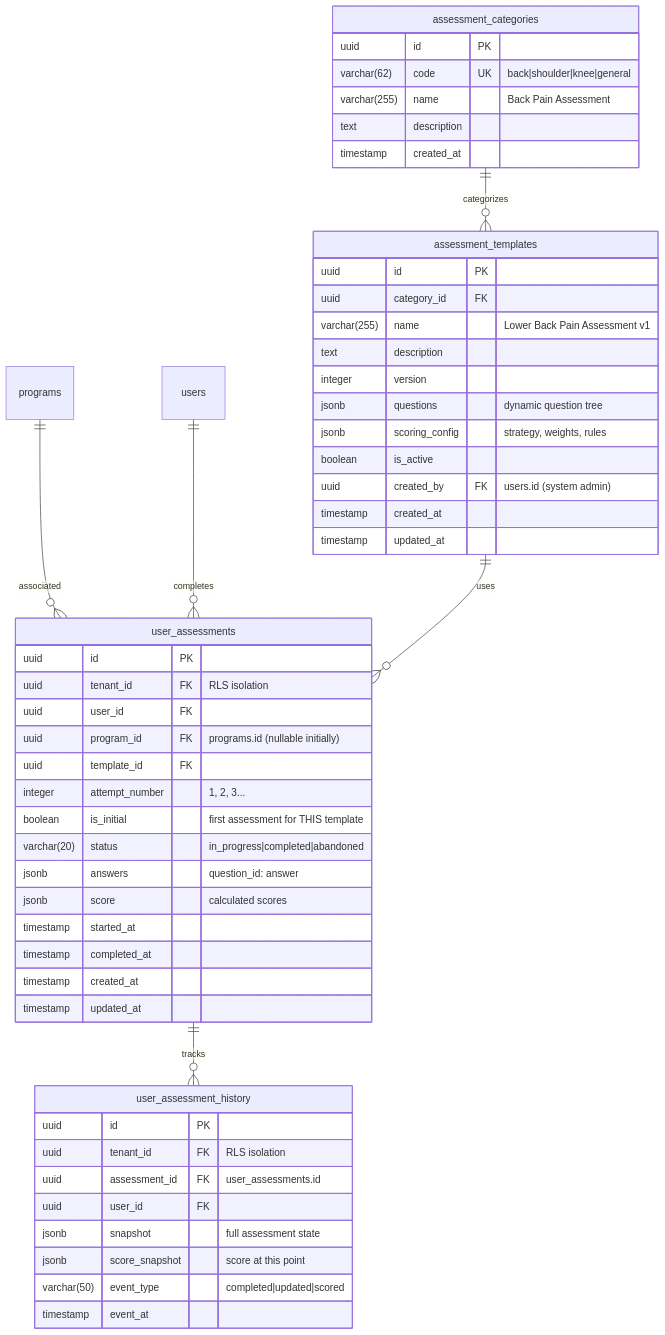
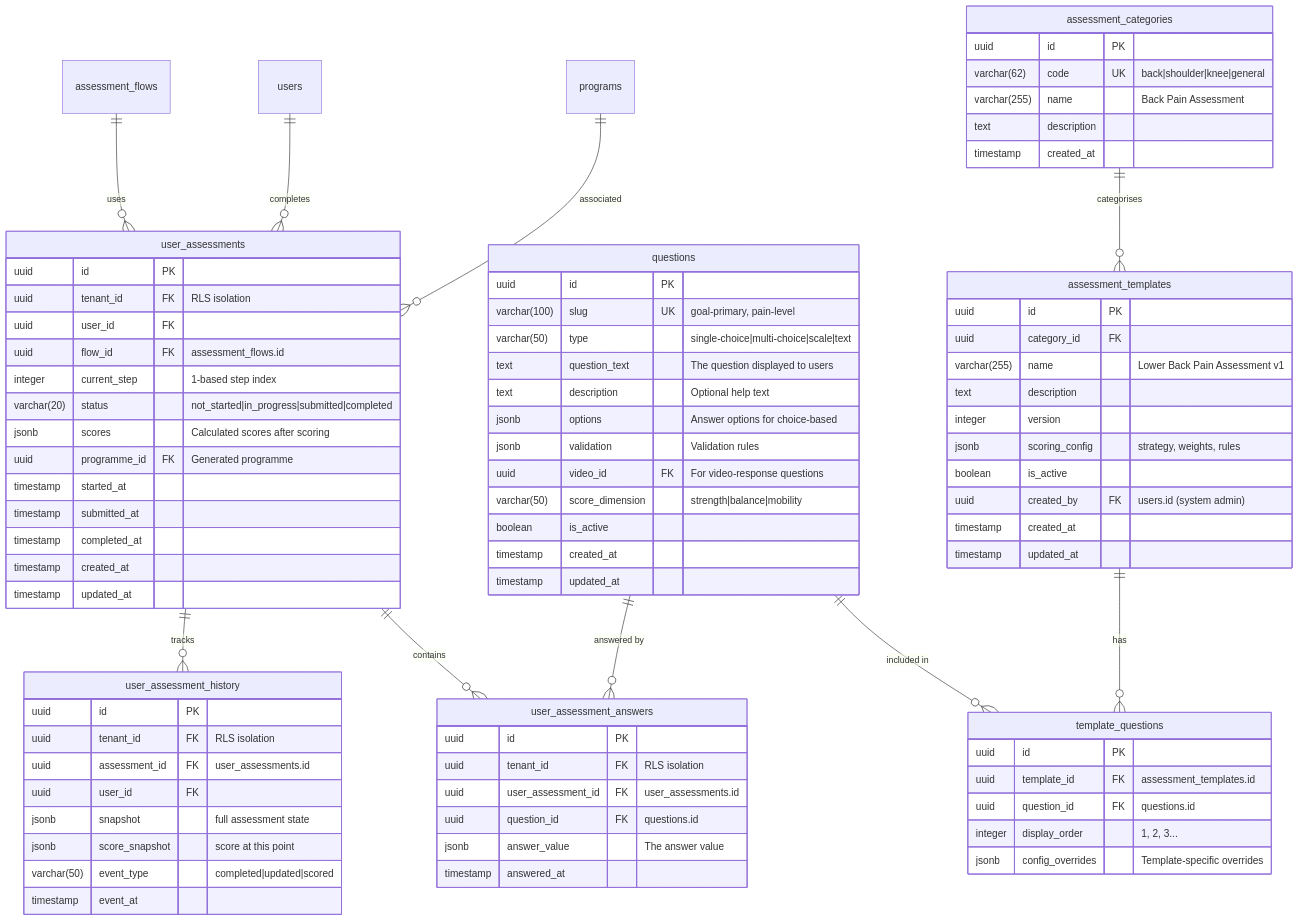
Before and after one commit to ChrisTregaskis/ffp: the second of 8 diagrams in project-documentation/ffp_erd.md, drawn with Mermaid. The commit also changed other lines of this file and 3 other files, not shown here.

Commit message:
defensive logic when extracting answer value. Aligning docs with questions and answers refactor

```diff
--- a/project-documentation/ffp_erd.md
+++ b/project-documentation/ffp_erd.md
@@ -112,8 +112,12 @@
 erDiagram
     programs ||--o{ user_assessments : "associated"
     users ||--o{ user_assessments : "completes"
-    assessment_templates ||--o{ user_assessments : "uses"
-    assessment_categories ||--o{ assessment_templates : "categorizes"
+    assessment_flows ||--o{ user_assessments : "uses"
+    assessment_categories ||--o{ assessment_templates : "categorises"
+    assessment_templates ||--o{ template_questions : "has"
+    questions ||--o{ template_questions : "included in"
+    questions ||--o{ user_assessment_answers : "answered by"
+    user_assessments ||--o{ user_assessment_answers : "contains"
     user_assessments ||--o{ user_assessment_history : "tracks"
 
     assessment_categories {
@@ -124,13 +128,35 @@
         timestamp created_at
     }
 
+    questions {
+        uuid id PK
+        varchar(100) slug UK "goal-primary, pain-level"
+        varchar(50) type "single-choice|multi-choice|scale|text"
+        text question_text "The question displayed to users"
+        text description "Optional help text"
+        jsonb options "Answer options for choice-based"
+        jsonb validation "Validation rules"
+        uuid video_id FK "For video-response questions"
+        varchar(50) score_dimension "strength|balance|mobility"
+        boolean is_active
+        timestamp created_at
+        timestamp updated_at
+    }
+
+    template_questions {
+        uuid id PK
+        uuid template_id FK "assessment_templates.id"
+        uuid question_id FK "questions.id"
+        integer display_order "1, 2, 3..."
+        jsonb config_overrides "Template-specific overrides"
+    }
+
     assessment_templates {
         uuid id PK
         uuid category_id FK
         varchar(255) name "Lower Back Pain Assessment v1"
         text description
         integer version
-        jsonb questions "dynamic question tree"
         jsonb scoring_config "strategy, weights, rules"
         boolean is_active
         uuid created_by FK "users.id (system admin)"
@@ -142,17 +168,25 @@
         uuid id PK
         uuid tenant_id FK "RLS isolation"
         uuid user_id FK
-        uuid program_id FK "programs.id (nullable initially)"
-        uuid template_id FK
-        integer attempt_number "1, 2, 3..."
-        boolean is_initial "first assessment for THIS template"
-        varchar(20) status "in_progress|completed|abandoned"
-        jsonb answers "question_id: answer"
-        jsonb score "calculated scores"
+        uuid flow_id FK "assessment_flows.id"
+        integer current_step "1-based step index"
+        varchar(20) status "not_started|in_progress|submitted|completed"
+        jsonb scores "Calculated scores after scoring"
+        uuid programme_id FK "Generated programme"
         timestamp started_at
+        timestamp submitted_at
         timestamp completed_at
         timestamp created_at
         timestamp updated_at
+    }
+
+    user_assessment_answers {
+        uuid id PK
+        uuid tenant_id FK "RLS isolation"
+        uuid user_assessment_id FK "user_assessments.id"
+        uuid question_id FK "questions.id"
+        jsonb answer_value "The answer value"
+        timestamp answered_at
     }
 
     user_assessment_history {
```
